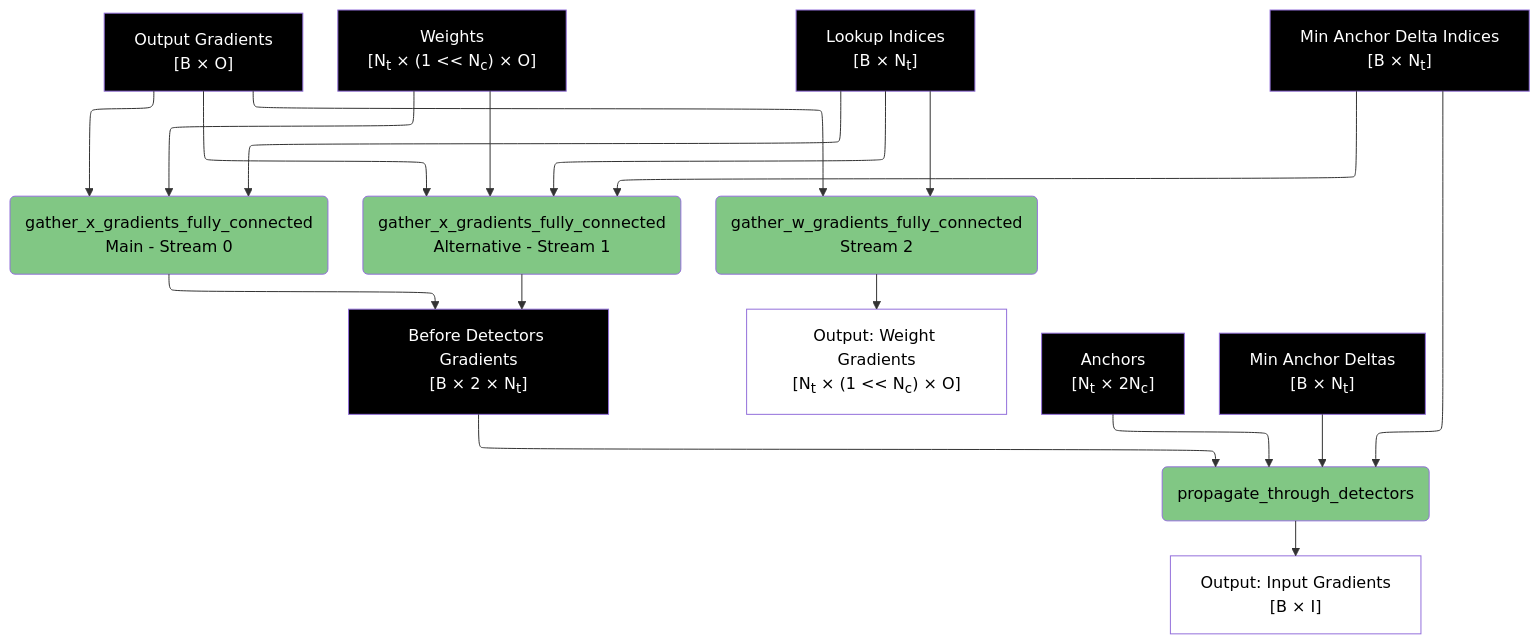
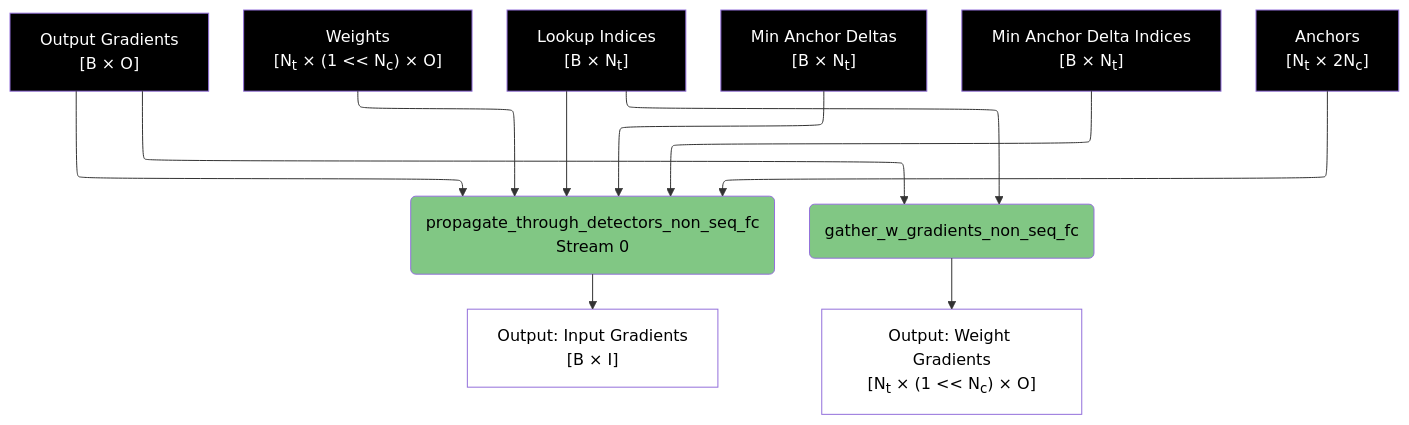
The third of 8 diagrams in spiky_cuda/lut/doc/LUT_RUNTIME_DATA_FLOW.md (anatoli-starostin/spiky), drawn with Mermaid before and after one commit. The commit also changed other lines of this file, not shown here.

````diff
--- a/spiky_cuda/lut/doc/LUT_RUNTIME_DATA_FLOW.md
+++ b/spiky_cuda/lut/doc/LUT_RUNTIME_DATA_FLOW.md
@@ -85,40 +85,30 @@
 ```mermaid
 %%{init: { "flowchart": { "defaultRenderer": "elk" } }}%%
 flowchart TD
-    A["Output Gradients<br/>[B × O]"] --> B("gather_x_gradients_fully_connected<br/>Main - Stream 0")
-    A --> C("gather_x_gradients_fully_connected<br/>Alternative - Stream 1")
-    A --> D("gather_w_gradients_fully_connected<br/>Stream 2")
+    A["Output Gradients<br/>[B × O]"] --> B("propagate_through_detectors_non_seq_fc<br/>Stream 0")
+    A --> C("gather_w_gradients_non_seq_fc")
     
     W3["Weights<br/>[N<sub>t</sub> × (1 << N<sub>c</sub>) × O]"] --> B
-    W3 --> C
     
     L1["Lookup Indices<br/>[B × N<sub>t</sub>]"] --> B
     L1 --> C
-    L1 --> D
     
-    M2["Min Anchor Delta Indices<br/>[B × N<sub>t</sub>]"] --> C
+    M1["Min Anchor Deltas<br/>[B × N<sub>t</sub>]"] --> B
+    M2["Min Anchor Delta Indices<br/>[B × N<sub>t</sub>]"] --> B
     
-    B --> E["Before Detectors Gradients<br/>[B × 2 × N<sub>t</sub>]"]
-    C --> E
-    D --> F["Output: Weight Gradients<br/>[N<sub>t</sub>&nbsp;×&nbsp;(1&nbsp;<<&nbsp;N<sub>c</sub>)&nbsp;×&nbsp;O]"]
+    D3["Anchors<br/>[N<sub>t</sub> × 2N<sub>c</sub>]"] --> B
     
-    D3["Anchors<br/>[N<sub>t</sub> × 2N<sub>c</sub>]"] --> G(propagate_through_detectors)
-    M1["Min Anchor Deltas<br/>[B × N<sub>t</sub>]"] --> G
-    M2 --> G
-    E --> G
-    G --> H["Output: Input Gradients<br/>[B × I]"]
+    B --> D["Output: Input Gradients<br/>[B × I]"]
+    C --> E["Output: Weight Gradients<br/>[N<sub>t</sub>&nbsp;×&nbsp;(1&nbsp;<<&nbsp;N<sub>c</sub>)&nbsp;×&nbsp;O]"]
     
     style B fill:#81c784,color:#000000
     style C fill:#81c784,color:#000000
-    style D fill:#81c784,color:#000000
-    style G fill:#81c784,color:#000000
-    style F fill:#ffffff,color:#000000
-    style H fill:#ffffff,color:#000000
+    style D fill:#ffffff,color:#000000
+    style E fill:#ffffff,color:#000000
     style A fill:#000000,color:#ffffff
     style W3 fill:#000000,color:#ffffff
     style L1 fill:#000000,color:#ffffff
     style M1 fill:#000000,color:#ffffff
     style M2 fill:#000000,color:#ffffff
     style D3 fill:#000000,color:#ffffff
-    style E fill:#000000,color:#ffffff
 ```
````
